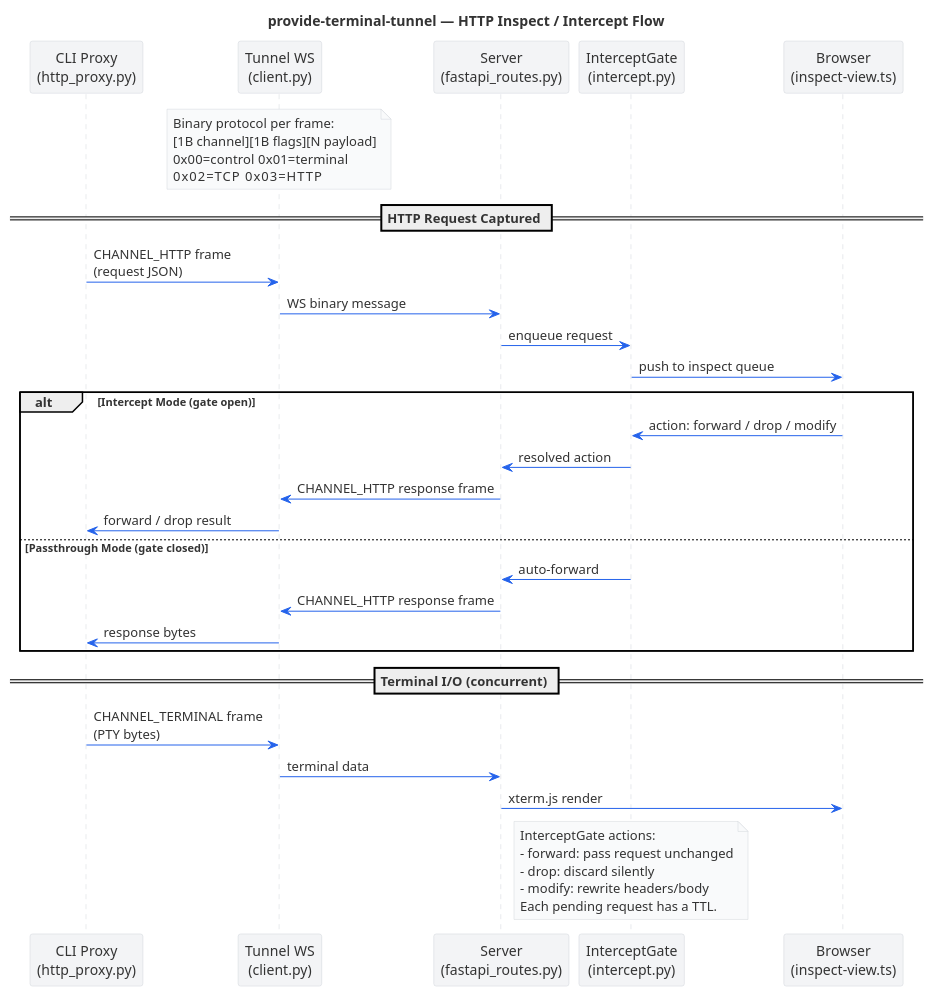
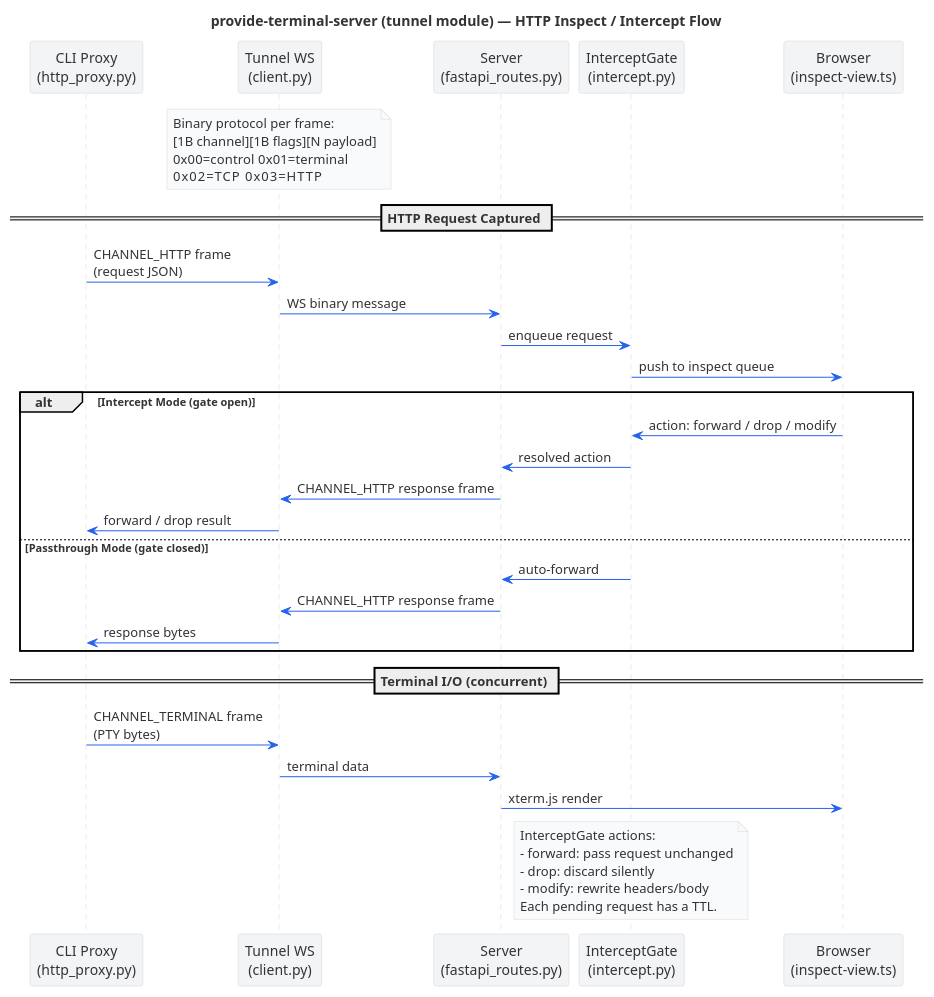
One commit to provide-io/provide-uterm changed the diagram in docs/diagrams/tunnel-inspect.puml. Above: the diagram before and after it, drawn with PlantUML. The commit also changed 932 other files, not shown here.

```diff
--- a/docs/diagrams/tunnel-inspect.puml
+++ b/docs/diagrams/tunnel-inspect.puml
@@ -4,58 +4,58 @@
 @startuml tunnel-inspect
-title provide-terminal-tunnel — HTTP Inspect / Intercept Flow
+title provide-terminal-server (tunnel module) — HTTP Inspect / Intercept Flow
 
 skinparam backgroundColor #ffffff
 skinparam defaultFontColor #333333
 skinparam sequenceArrowColor #2563eb
 skinparam sequenceParticipantBorderColor #d1d5db
 skinparam sequenceParticipantBackgroundColor #f3f4f6
 skinparam sequenceLifeLineBorderColor #d1d5db
 skinparam noteBorderColor #d1d5db
 skinparam noteBackgroundColor #f9fafb
 
 participant "CLI Proxy\n(http_proxy.py)" as CLI
 participant "Tunnel WS\n(client.py)" as TWS
 participant "Server\n(fastapi_routes.py)" as SRV
 participant "InterceptGate\n(intercept.py)" as GATE
 participant "Browser\n(inspect-view.ts)" as UI
 
 note over TWS
   Binary protocol per frame:
   [1B channel][1B flags][N payload]
   0x00=control  0x01=terminal
   0x02=TCP      0x03=HTTP
 end note
 
 == HTTP Request Captured ==
 
 CLI -> TWS : CHANNEL_HTTP frame\n(request JSON)
 TWS -> SRV : WS binary message
 SRV -> GATE : enqueue request
 GATE -> UI : push to inspect queue
 
 alt Intercept Mode (gate open)
   UI -> GATE : action: forward / drop / modify
   GATE -> SRV : resolved action
   SRV -> TWS : CHANNEL_HTTP response frame
   TWS -> CLI : forward / drop result
 else Passthrough Mode (gate closed)
   GATE -> SRV : auto-forward
   SRV -> TWS : CHANNEL_HTTP response frame
   TWS -> CLI : response bytes
 end
 
 == Terminal I/O (concurrent) ==
 
 CLI -> TWS : CHANNEL_TERMINAL frame\n(PTY bytes)
 TWS -> SRV : terminal data
 SRV -> UI : xterm.js render
 
 note over GATE
   InterceptGate actions:
   - forward: pass request unchanged
   - drop: discard silently
   - modify: rewrite headers/body
   Each pending request has a TTL.
 end note
 
 @enduml
```
